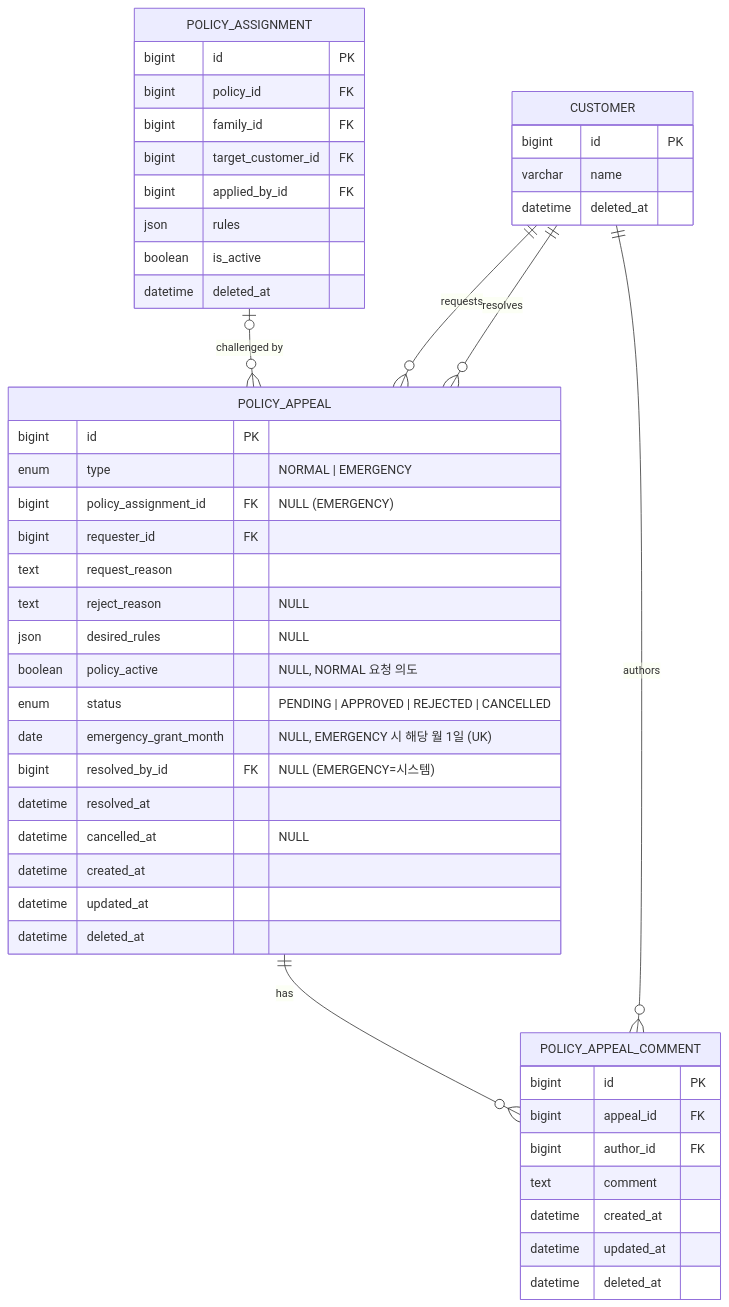
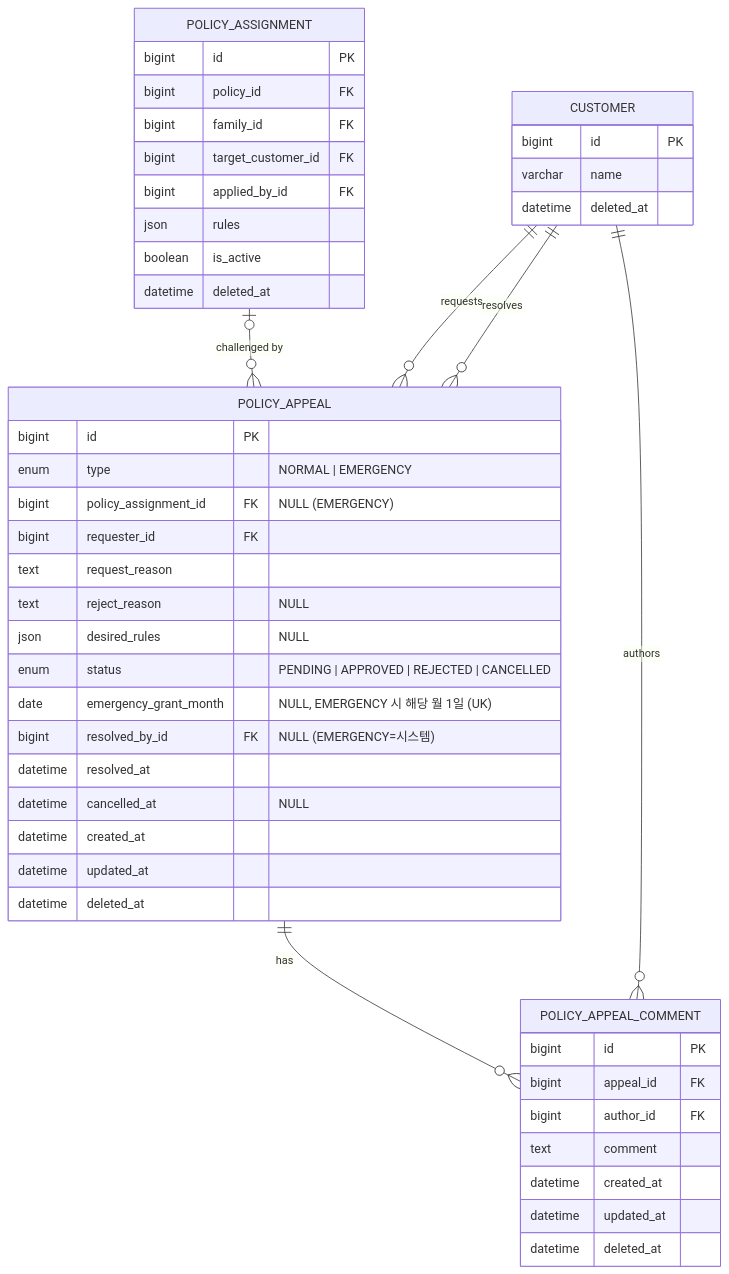
One commit to da-bom/dabom-api-core changed the fourth of 6 diagrams in docs/ERD.md. Above: the diagram before and after it, drawn with Mermaid. The commit also changed other lines of this file and 2 other files, not shown here.

````diff
--- a/docs/ERD.md
+++ b/docs/ERD.md
@@ -530,54 +543,53 @@
 ```mermaid
 erDiagram
     POLICY_ASSIGNMENT |o--o{ POLICY_APPEAL : "challenged by"
     CUSTOMER ||--o{ POLICY_APPEAL : "requests"
     CUSTOMER ||--o{ POLICY_APPEAL : "resolves"
     POLICY_APPEAL ||--o{ POLICY_APPEAL_COMMENT : "has"
     CUSTOMER ||--o{ POLICY_APPEAL_COMMENT : "authors"
 
     POLICY_ASSIGNMENT {
         bigint id PK
         bigint policy_id FK
         bigint family_id FK
         bigint target_customer_id FK
         bigint applied_by_id FK
         json rules
         boolean is_active
         datetime deleted_at
     }
 
     POLICY_APPEAL {
         bigint id PK
         enum type "NORMAL | EMERGENCY"
         bigint policy_assignment_id FK "NULL (EMERGENCY)"
         bigint requester_id FK
         text request_reason
         text reject_reason "NULL"
         json desired_rules "NULL"
-        boolean policy_active "NULL, NORMAL 요청 의도"
         enum status "PENDING | APPROVED | REJECTED | CANCELLED"
         date emergency_grant_month "NULL, EMERGENCY 시 해당 월 1일 (UK)"
         bigint resolved_by_id FK "NULL (EMERGENCY=시스템)"
         datetime resolved_at
         datetime cancelled_at "NULL"
         datetime created_at
         datetime updated_at
         datetime deleted_at
     }
 
     POLICY_APPEAL_COMMENT {
         bigint id PK
         bigint appeal_id FK
         bigint author_id FK
         text comment
         datetime created_at
         datetime updated_at
         datetime deleted_at
     }
 
     CUSTOMER {
         bigint id PK
         varchar name
         datetime deleted_at
     }
 ```
````
